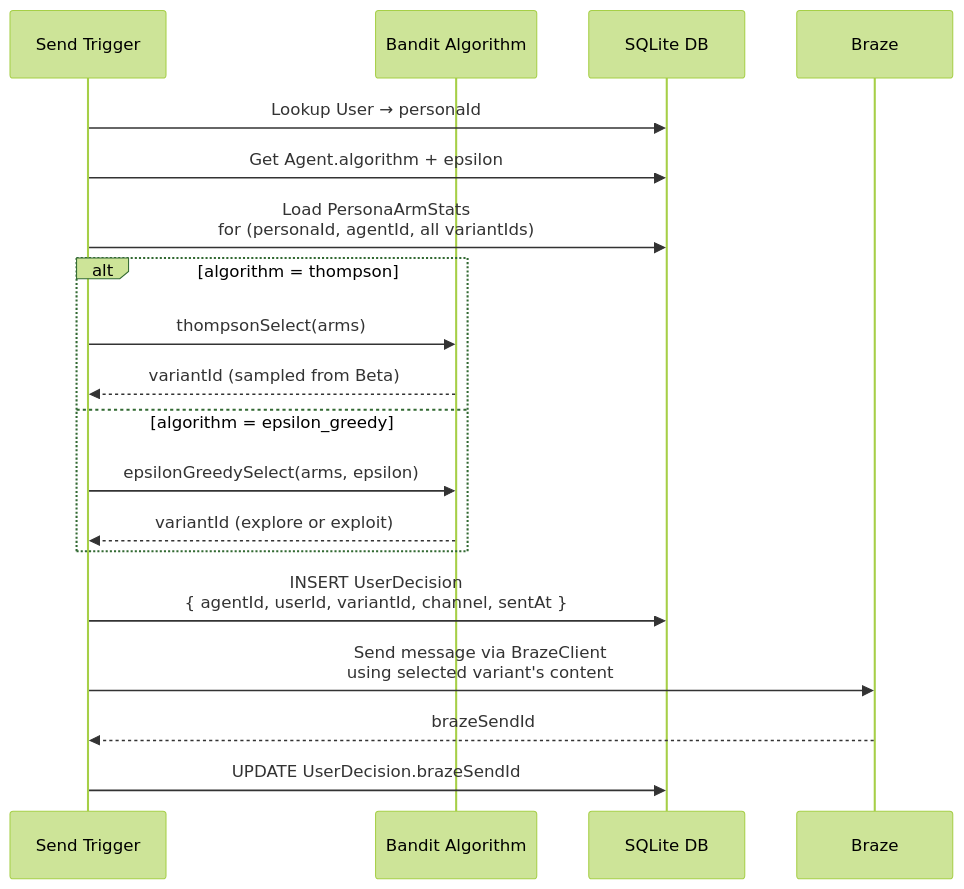
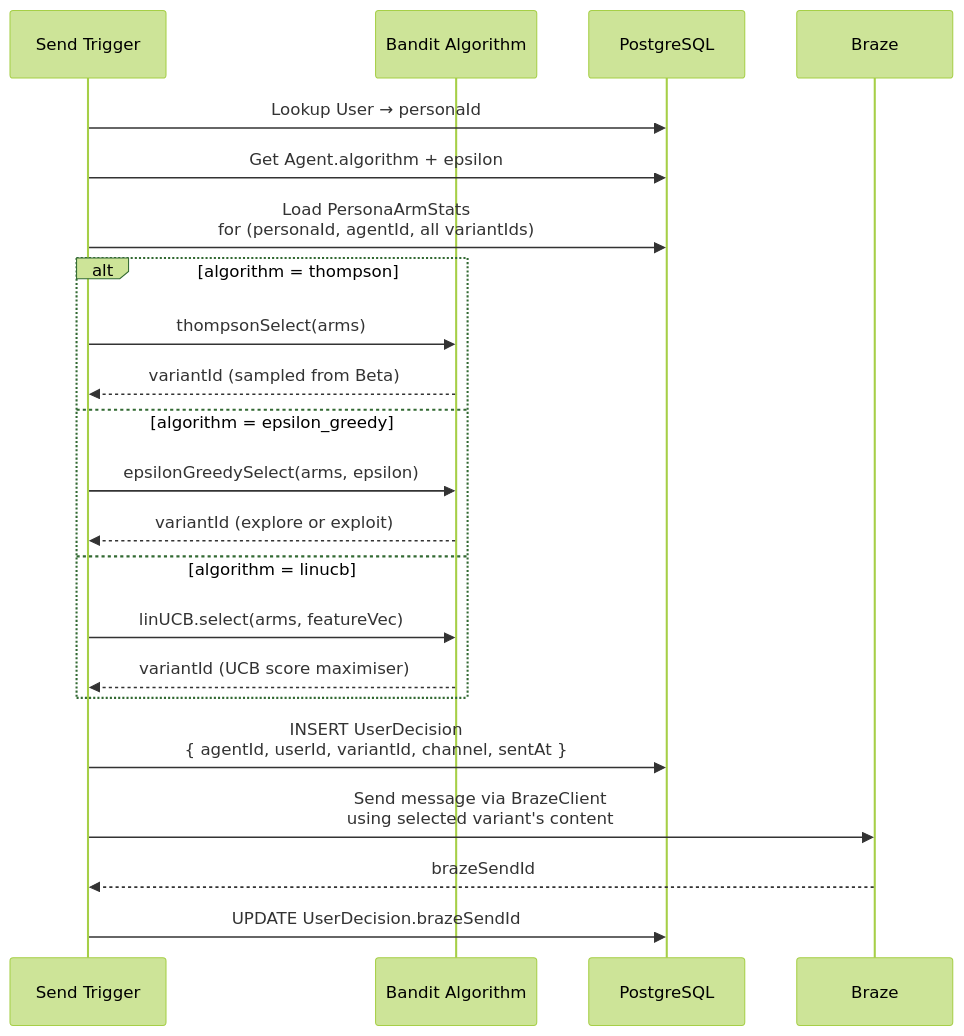
One commit to ender1311/nexusAi changed the third of 5 diagrams in docs/data-flows.md. Above: the diagram before and after it, drawn with Mermaid (forest theme). The commit also changed other lines of this file and 9 other files, not shown here.

First line of the commit message:
docs: update architecture docs for 10-dim feature vector and LinUCB

````diff
--- a/docs/data-flows.md
+++ b/docs/data-flows.md
@@ -67,24 +67,27 @@
 ```mermaid
 sequenceDiagram
     participant CALLER as Send Trigger
     participant ALGO as Bandit Algorithm
-    participant DB as SQLite DB
+    participant DB as PostgreSQL
     participant BRAZE as Braze
 
     CALLER->>DB: Lookup User → personaId
     CALLER->>DB: Get Agent.algorithm + epsilon
     CALLER->>DB: Load PersonaArmStats<br/>for (personaId, agentId, all variantIds)
 
     alt algorithm = thompson
         CALLER->>ALGO: thompsonSelect(arms)
         ALGO-->>CALLER: variantId (sampled from Beta)
     else algorithm = epsilon_greedy
         CALLER->>ALGO: epsilonGreedySelect(arms, epsilon)
         ALGO-->>CALLER: variantId (explore or exploit)
+    else algorithm = linucb
+        CALLER->>ALGO: linUCB.select(arms, featureVec)
+        ALGO-->>CALLER: variantId (UCB score maximiser)
     end
 
     CALLER->>DB: INSERT UserDecision<br/>{ agentId, userId, variantId, channel, sentAt }
     CALLER->>BRAZE: Send message via BrazeClient<br/>using selected variant's content
     BRAZE-->>CALLER: brazeSendId
     CALLER->>DB: UPDATE UserDecision.brazeSendId
 ```
````
